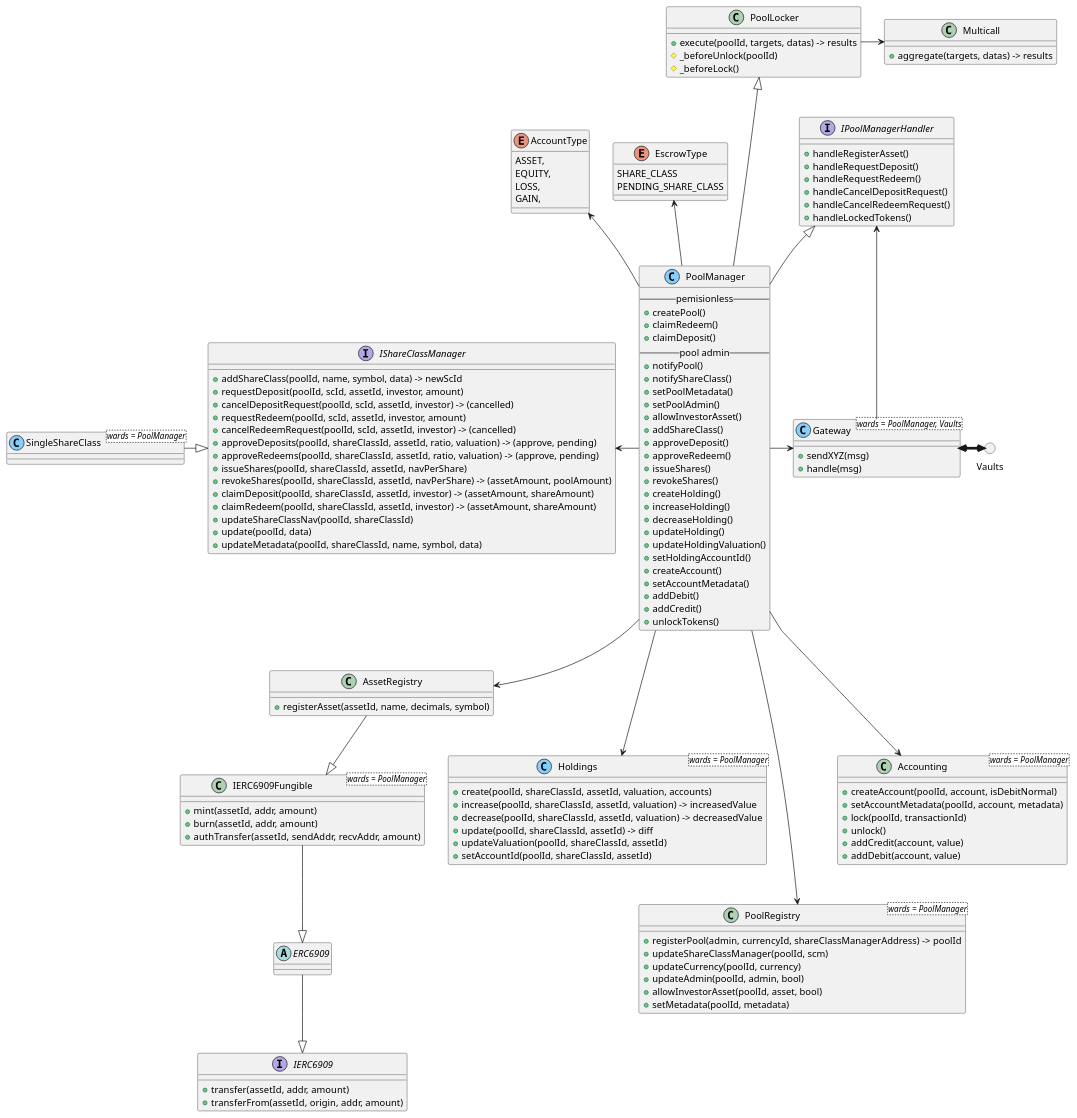
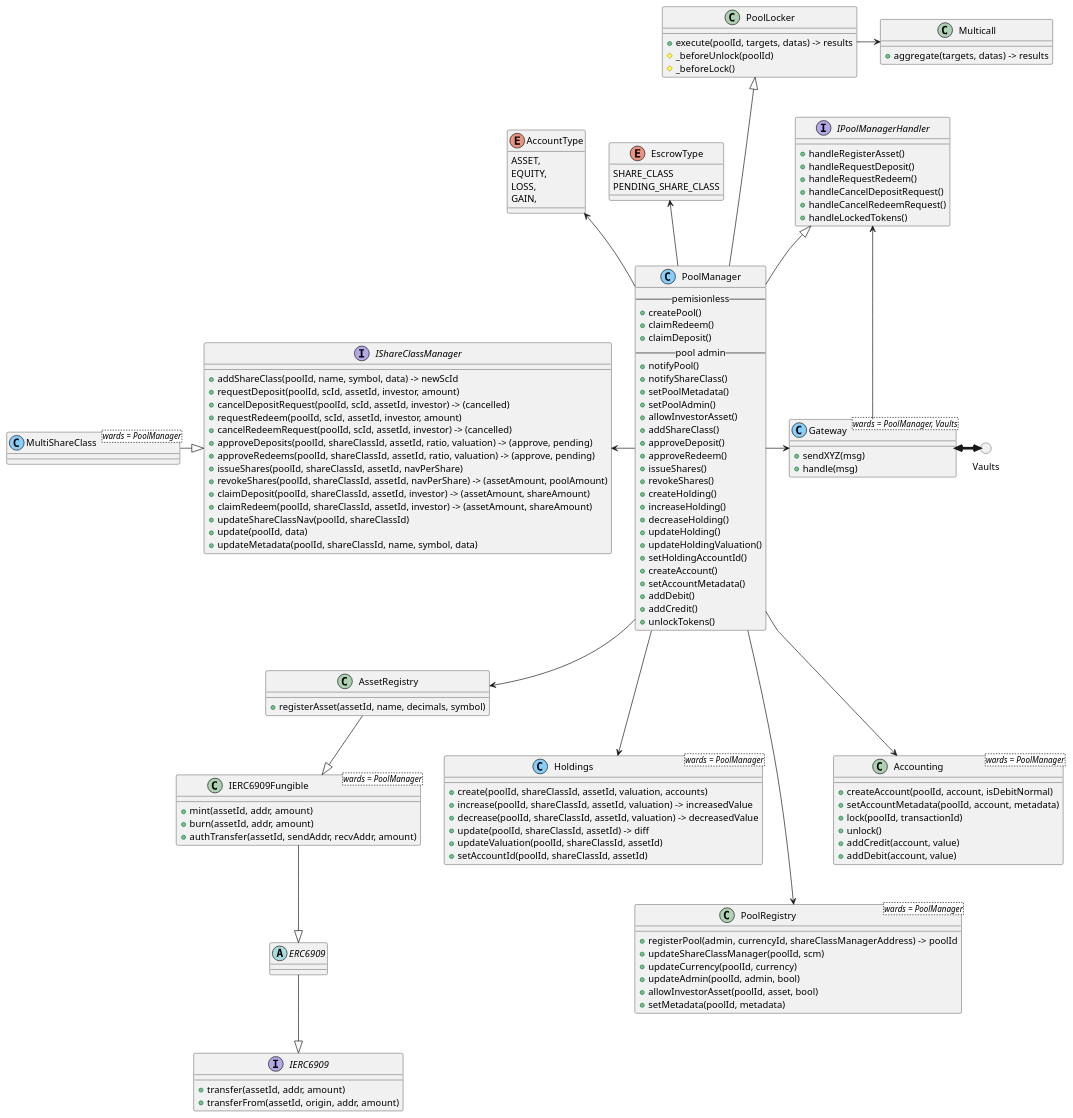
One commit to centrifuge/protocol changed the diagram in docs/pools/architecture.puml. Above: the diagram before and after it, drawn with PlantUML. The commit also changed 1 other file, not shown here.

```diff
--- a/docs/pools/architecture.puml
+++ b/docs/pools/architecture.puml
@@ -1,155 +1,155 @@
 @startuml
 circle Vaults
 
 interface IERC6909 {
     + transfer(assetId, addr, amount)
     + transferFrom(assetId, origin, addr, amount)
 }
 
 abstract ERC6909 { }
 
 ERC6909 --|> IERC6909
 
 class IERC6909Fungible<wards = PoolManager> {
     + mint(assetId, addr, amount)
     + burn(assetId, addr, amount)
     + authTransfer(assetId, sendAddr, recvAddr, amount)
 }
 
 IERC6909Fungible --|> ERC6909
 
 class AssetRegistry {
     + registerAsset(assetId, name, decimals, symbol)
 }
 
 AssetRegistry --|> IERC6909Fungible
 
 class Holdings<wards = PoolManager> <<(C, lightskyblue)>> {
     + create(poolId, shareClassId, assetId, valuation, accounts)
     + increase(poolId, shareClassId, assetId, valuation) -> increasedValue
     + decrease(poolId, shareClassId, assetId, valuation) -> decreasedValue
     + update(poolId, shareClassId, assetId) -> diff
     + updateValuation(poolId, shareClassId, assetId)
     + setAccountId(poolId, shareClassId, assetId)
 }
 
 class PoolRegistry<wards = PoolManager> {
     + registerPool(admin, currencyId, shareClassManagerAddress) -> poolId
     + updateShareClassManager(poolId, scm)
     + updateCurrency(poolId, currency)
     + updateAdmin(poolId, admin, bool)
     + allowInvestorAsset(poolId, asset, bool)
     + setMetadata(poolId, metadata)
 }
 
 interface IShareClassManager {
     + addShareClass(poolId, name, symbol, data) -> newScId
     + requestDeposit(poolId, scId, assetId, investor, amount)
     + cancelDepositRequest(poolId, scId, assetId, investor) -> (cancelled)
     + requestRedeem(poolId, scId, assetId, investor, amount)
     + cancelRedeemRequest(poolId, scId, assetId, investor) -> (cancelled)
     + approveDeposits(poolId, shareClassId, assetId, ratio, valuation) -> (approve, pending)
     + approveRedeems(poolId, shareClassId, assetId, ratio, valuation) -> (approve, pending)
     + issueShares(poolId, shareClassId, assetId, navPerShare)
     + revokeShares(poolId, shareClassId, assetId, navPerShare) -> (assetAmount, poolAmount)
     + claimDeposit(poolId, shareClassId, assetId, investor) -> (assetAmount, shareAmount)
     + claimRedeem(poolId, shareClassId, assetId, investor) -> (assetAmount, shareAmount)
     + updateShareClassNav(poolId, shareClassId)
     + update(poolId, data)
     + updateMetadata(poolId, shareClassId, name, symbol, data)
 }
 
-class SingleShareClass<wards = PoolManager> <<(C, lightskyblue)>>{ }
-SingleShareClass -down|> IShareClassManager
+class MultiShareClass<wards = PoolManager> <<(C, lightskyblue)>>{ }
+MultiShareClass -down|> IShareClassManager
 
 class Accounting<wards = PoolManager> {
     + createAccount(poolId, account, isDebitNormal)
     + setAccountMetadata(poolId, account, metadata)
     + lock(poolId, transactionId)
     + unlock()
     + addCredit(account, value)
     + addDebit(account, value)
 }
 
 class Multicall {
     + aggregate(targets, datas) -> results
 }
 
 class PoolLocker {
     + execute(poolId, targets, datas) -> results
     # _beforeUnlock(poolId)
     # _beforeLock()
 }
 
 PoolLocker -right-> Multicall
 
 enum EscrowType {
     SHARE_CLASS
     PENDING_SHARE_CLASS
 }
 
 enum AccountType {
     ASSET,
     EQUITY,
     LOSS,
     GAIN,
 }
 
 interface IPoolManagerHandler {
     + handleRegisterAsset()
     + handleRequestDeposit()
     + handleRequestRedeem()
     + handleCancelDepositRequest()
     + handleCancelRedeemRequest()
     + handleLockedTokens()
 }
 
 class PoolManager <<(C, lightskyblue)>> {
     -- pemisionless --
     + createPool()
     + claimRedeem()
     + claimDeposit()
     -- pool admin --
     + notifyPool()
     + notifyShareClass()
     + setPoolMetadata()
     + setPoolAdmin()
     + allowInvestorAsset()
     + addShareClass()
     + approveDeposit()
     + approveRedeem()
     + issueShares()
     + revokeShares()
     + createHolding()
     + increaseHolding()
     + decreaseHolding()
     + updateHolding()
     + updateHoldingValuation()
     + setHoldingAccountId()
     + createAccount()
     + setAccountMetadata()
     + addDebit()
     + addCredit()
     + unlockTokens()
 }
 
 PoolManager -up-|> IPoolManagerHandler
 PoolManager -up--|> PoolLocker
 PoolManager -up-> EscrowType
 PoolManager -up-> AccountType
 PoolManager -down---> PoolRegistry
 PoolManager -left-> IShareClassManager
 PoolManager -down--> Accounting
 PoolManager -down-> AssetRegistry
 PoolManager -down--> Holdings
 PoolManager -right-> Gateway
 
 class Gateway<wards = PoolManager, Vaults> <<(C, lightskyblue)>> {
     + sendXYZ(msg)
     + handle(msg)
 }
 
 Gateway <-[thickness=4]right-> Vaults
 Gateway -up-> IPoolManagerHandler
 
 @enduml
```
